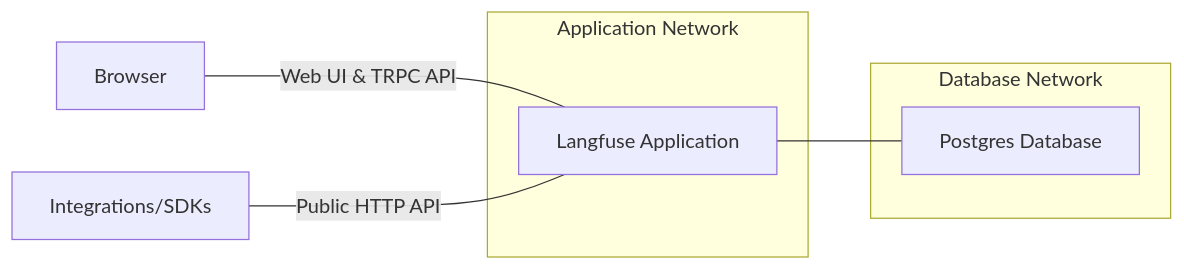
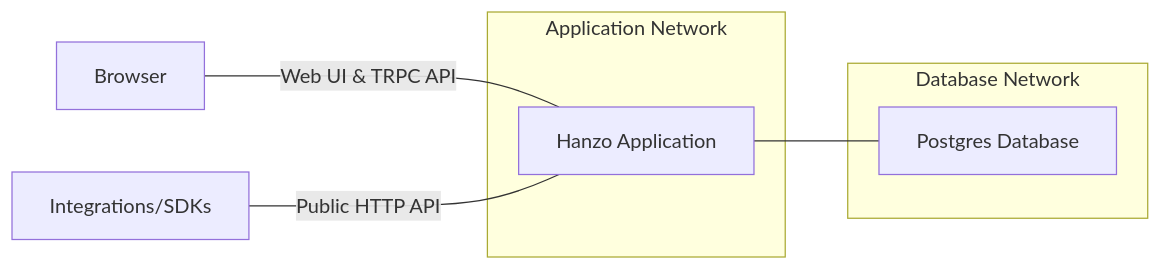
Before and after one commit to hanzo-apps/console: the diagram in CONTRIBUTING.md, drawn with Mermaid. The commit also changed other lines of this file and 115 other files, not shown here.

````diff
--- a/CONTRIBUTING.md
+++ b/CONTRIBUTING.md
@@ -60,12 +60,12 @@
 ```mermaid
 flowchart LR
    Browser ---|Web UI & TRPC API| App
    Integrations/SDKs ---|Public HTTP API| App
    subgraph i1["Application Network"]
-      App["Langfuse Application"]
+      App["Hanzo Application"]
    end
    subgraph i2["Database Network"]
       DB["Postgres Database"]
    end
    App --- DB
 ```
````
